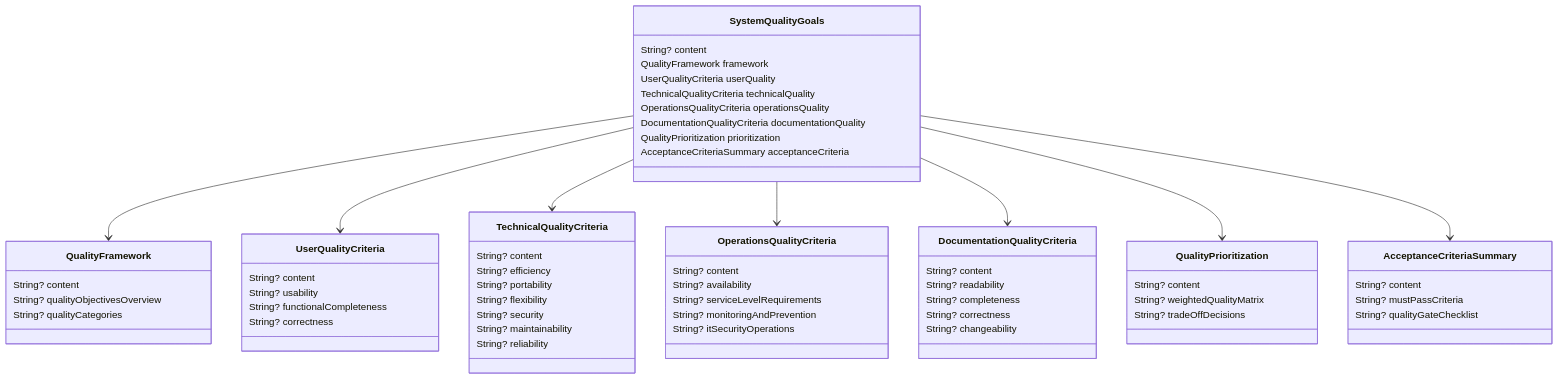
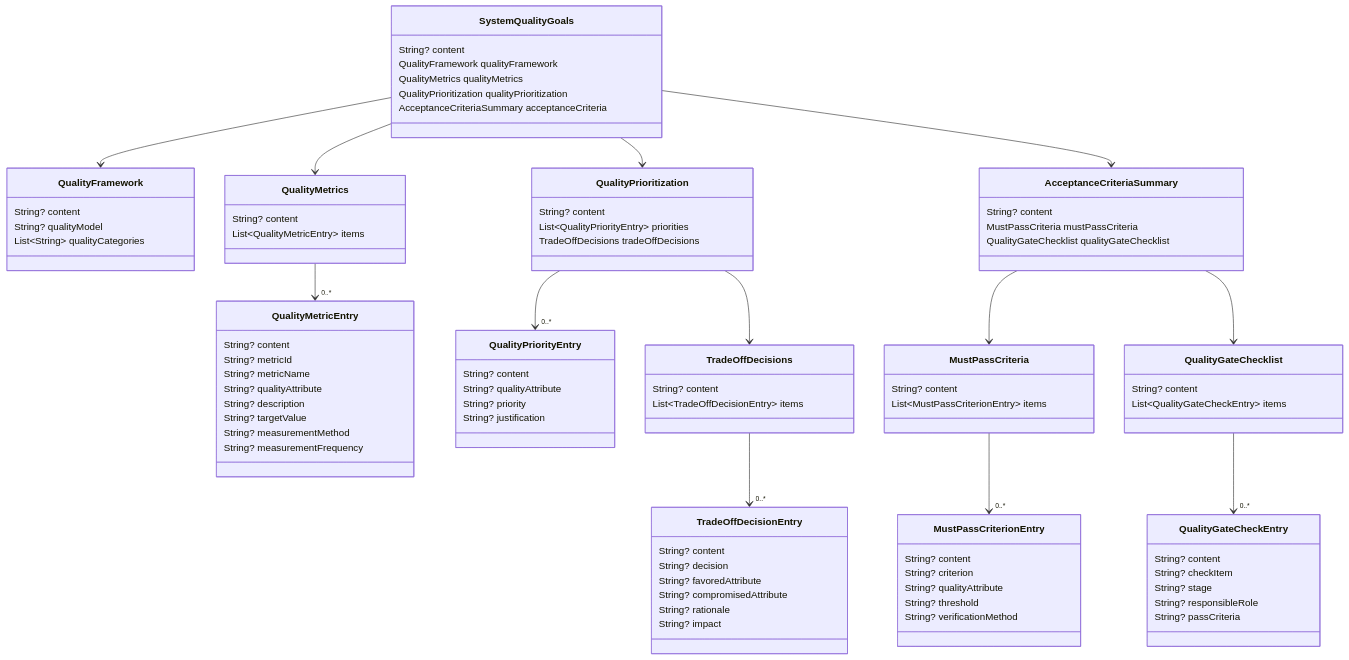
Before and after one commit to al-the-bear/tom_ai_build: diagram 19 of 22 in tom_specs_model/doc/pd_project_definition_model.md, drawn with Mermaid. The commit also changed other lines of this file and 15 other files, not shown here.

First line of the commit message:
tom_specs_model: v2 deep attribute audit — 61 new classes (~184 total)

````diff
--- a/tom_specs_model/doc/pd_project_definition_model.md
+++ b/tom_specs_model/doc/pd_project_definition_model.md
@@ -1247,71 +1561,103 @@
 classDiagram
     class SystemQualityGoals {
         String? content
-        QualityFramework framework
-        UserQualityCriteria userQuality
-        TechnicalQualityCriteria technicalQuality
-        OperationsQualityCriteria operationsQuality
-        DocumentationQualityCriteria documentationQuality
-        QualityPrioritization prioritization
+        QualityFramework qualityFramework
+        QualityMetrics qualityMetrics
+        QualityPrioritization qualityPrioritization
         AcceptanceCriteriaSummary acceptanceCriteria
     }
 
     class QualityFramework {
         String? content
-        String? qualityObjectivesOverview
-        String? qualityCategories
+        String? qualityModel
+        List~String~ qualityCategories
     }
 
-    class UserQualityCriteria {
+    class QualityMetrics {
         String? content
-        String? usability
-        String? functionalCompleteness
-        String? correctness
+        List~QualityMetricEntry~ items
     }
 
-    class TechnicalQualityCriteria {
+    class QualityMetricEntry {
         String? content
-        String? efficiency
-        String? portability
-        String? flexibility
-        String? security
-        String? maintainability
-        String? reliability
-    }
-
-    class OperationsQualityCriteria {
-        String? content
-        String? availability
-        String? serviceLevelRequirements
-        String? monitoringAndPrevention
-        String? itSecurityOperations
-    }
-
-    class DocumentationQualityCriteria {
-        String? content
-        String? readability
-        String? completeness
-        String? correctness
-        String? changeability
+        String? metricId
+        String? metricName
+        String? qualityAttribute
+        String? description
+        String? targetValue
+        String? measurementMethod
+        String? measurementFrequency
     }
 
     class QualityPrioritization {
         String? content
-        String? weightedQualityMatrix
-        String? tradeOffDecisions
+        List~QualityPriorityEntry~ priorities
+        TradeOffDecisions tradeOffDecisions
+    }
+
+    class QualityPriorityEntry {
+        String? content
+        String? qualityAttribute
+        String? priority
+        String? justification
+    }
+
+    class TradeOffDecisions {
+        String? content
+        List~TradeOffDecisionEntry~ items
+    }
+
+    class TradeOffDecisionEntry {
+        String? content
+        String? decision
+        String? favoredAttribute
+        String? compromisedAttribute
+        String? rationale
+        String? impact
     }
 
     class AcceptanceCriteriaSummary {
         String? content
-        String? mustPassCriteria
-        String? qualityGateChecklist
+        MustPassCriteria mustPassCriteria
+        QualityGateChecklist qualityGateChecklist
+    }
+
+    class MustPassCriteria {
+        String? content
+        List~MustPassCriterionEntry~ items
+    }
+
+    class MustPassCriterionEntry {
+        String? content
+        String? criterion
+        String? qualityAttribute
+        String? threshold
+        String? verificationMethod
+    }
+
+    class QualityGateChecklist {
+        String? content
+        List~QualityGateCheckEntry~ items
+    }
+
+    class QualityGateCheckEntry {
+        String? content
+        String? checkItem
+        String? stage
+        String? responsibleRole
+        String? passCriteria
     }
 
     SystemQualityGoals --> QualityFramework
-    SystemQualityGoals --> UserQualityCriteria
-    SystemQualityGoals --> TechnicalQualityCriteria
-    SystemQualityGoals --> OperationsQualityCriteria
-    SystemQualityGoals --> DocumentationQualityCriteria
+    SystemQualityGoals --> QualityMetrics
     SystemQualityGoals --> QualityPrioritization
     SystemQualityGoals --> AcceptanceCriteriaSummary
+    QualityMetrics --> "0..*" QualityMetricEntry
+    QualityPrioritization --> "0..*" QualityPriorityEntry
+    QualityPrioritization --> TradeOffDecisions
+    TradeOffDecisions --> "0..*" TradeOffDecisionEntry
+    AcceptanceCriteriaSummary --> MustPassCriteria
+    AcceptanceCriteriaSummary --> QualityGateChecklist
+    MustPassCriteria --> "0..*" MustPassCriterionEntry
+    QualityGateChecklist --> "0..*" QualityGateCheckEntry
 ```
````
